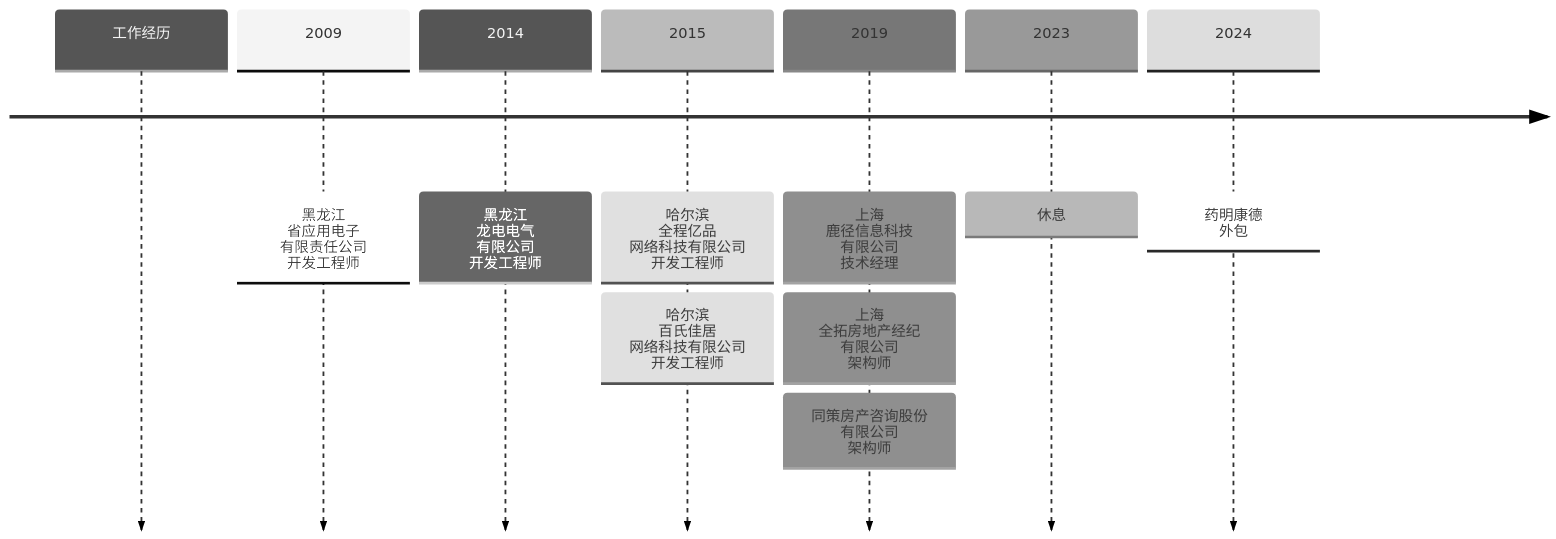
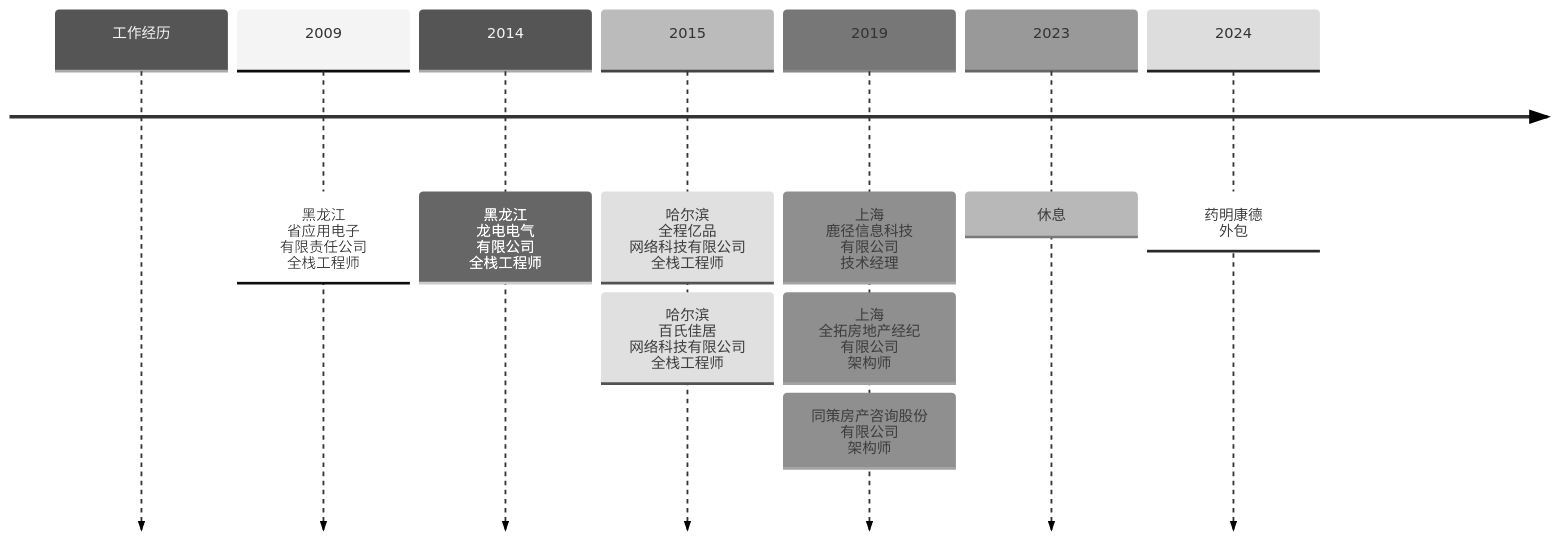
Before and after one commit to ojdev/ojdev.github.io: the diagram in source/about/index.md, drawn with Mermaid (neutral theme). The commit also changed 1 other file, not shown here.

Commit message:
feat: 添加hexo-mermaid插件并更新工作经历描述
添加hexo-mermaid-lastest依赖以支持mermaid图表渲染
将工作经历中的职位统一更新为"全栈工程师"

````diff
--- a/source/about/index.md
+++ b/source/about/index.md
@@ -10,13 +10,13 @@
 ```mermaid
 timeline
     工作经历
-    2009 : 黑龙江<br>省应用电子<br>有限责任公司<br>开发工程师
-    2014 : 黑龙江<br>龙电电气<br>有限公司<br>开发工程师
-    2015 : 哈尔滨<br>全程亿品<br>网络科技有限公司<br>开发工程师
-         : 哈尔滨<br>百氏佳居<br>网络科技有限公司<br>开发工程师
+    2009 : 黑龙江<br>省应用电子<br>有限责任公司<br>全栈工程师
+    2014 : 黑龙江<br>龙电电气<br>有限公司<br>全栈工程师
+    2015 : 哈尔滨<br>全程亿品<br>网络科技有限公司<br>全栈工程师
+         : 哈尔滨<br>百氏佳居<br>网络科技有限公司<br>全栈工程师
     2019 : 上海<br>鹿径信息科技<br>有限公司<br>技术经理
          : 上海<br>全拓房地产经纪<br>有限公司<br>架构师
          : 同策房产咨询股份<br>有限公司<br>架构师
     2023 : 休息
     2024 : 药明康德<br>外包
 ```
````
